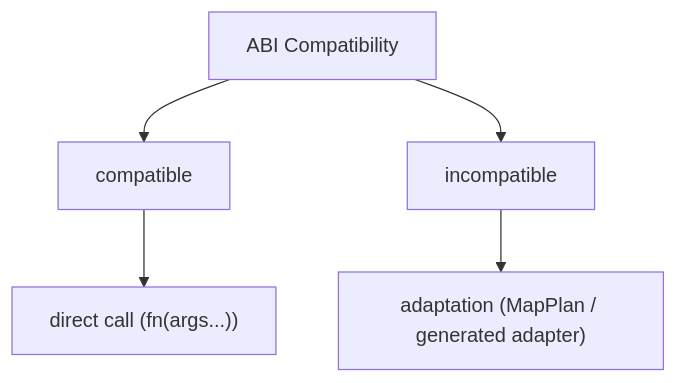
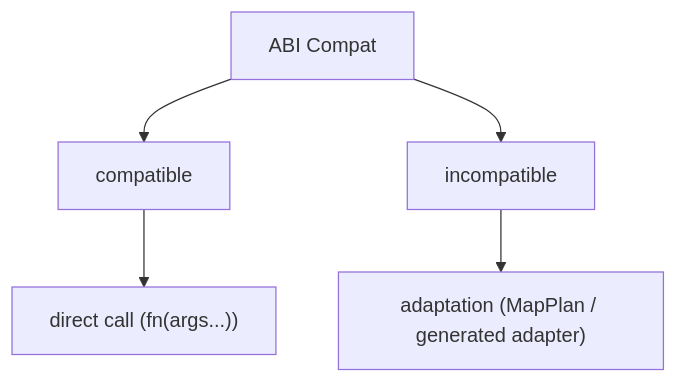
The third of 9 diagrams in docs/development/design-notes.md (Sukanle/ABIX), drawn with Mermaid before and after one commit. The commit also changed other lines of this file and 262 other files, not shown here.

````diff
--- a/docs/development/design-notes.md
+++ b/docs/development/design-notes.md
@@ -113,8 +113,8 @@
 ```mermaid
 flowchart TD
-    compat["ABI Compatibility"]
+    compat["ABI Compat"]
     compat --> comp["compatible"]
     comp --> direct["direct call (fn(args...))"]
     compat --> incomp["incompatible"]
     incomp --> adapt["adaptation (MapPlan / generated adapter)"]
 ```
````
